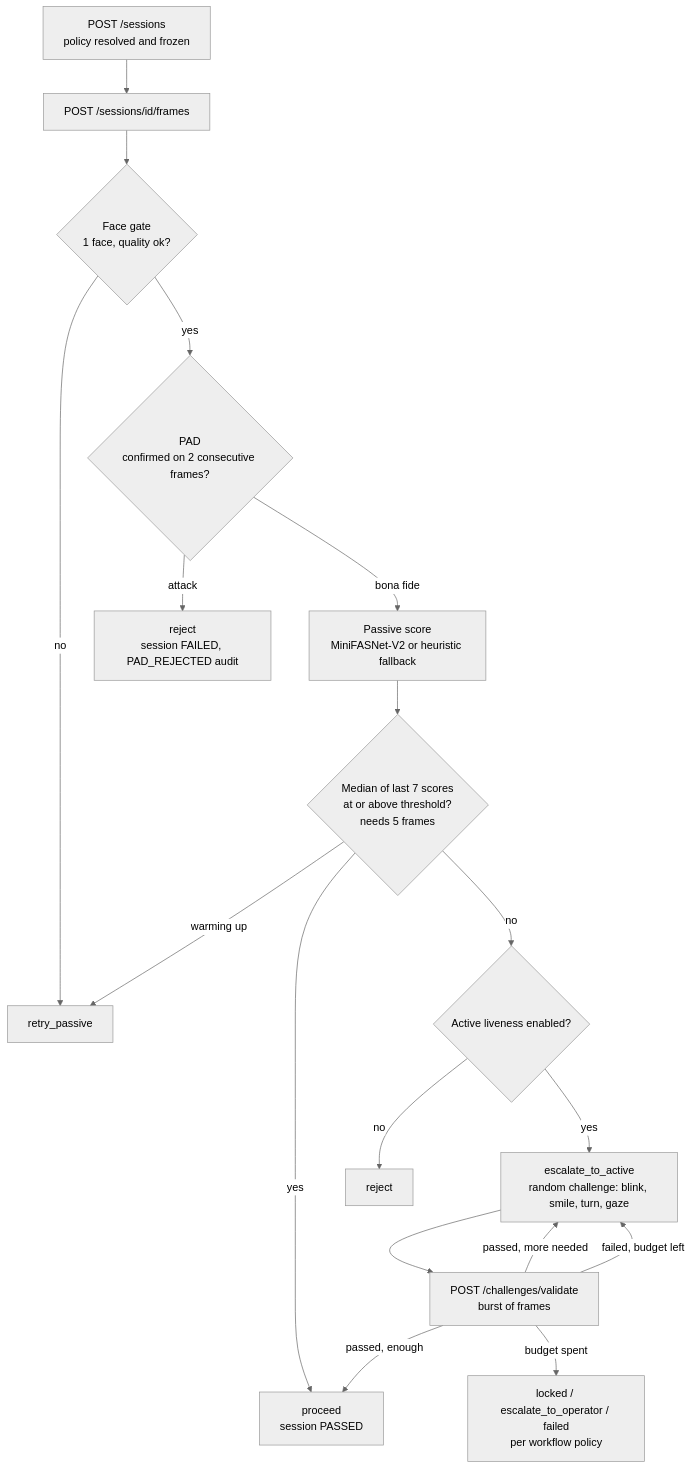
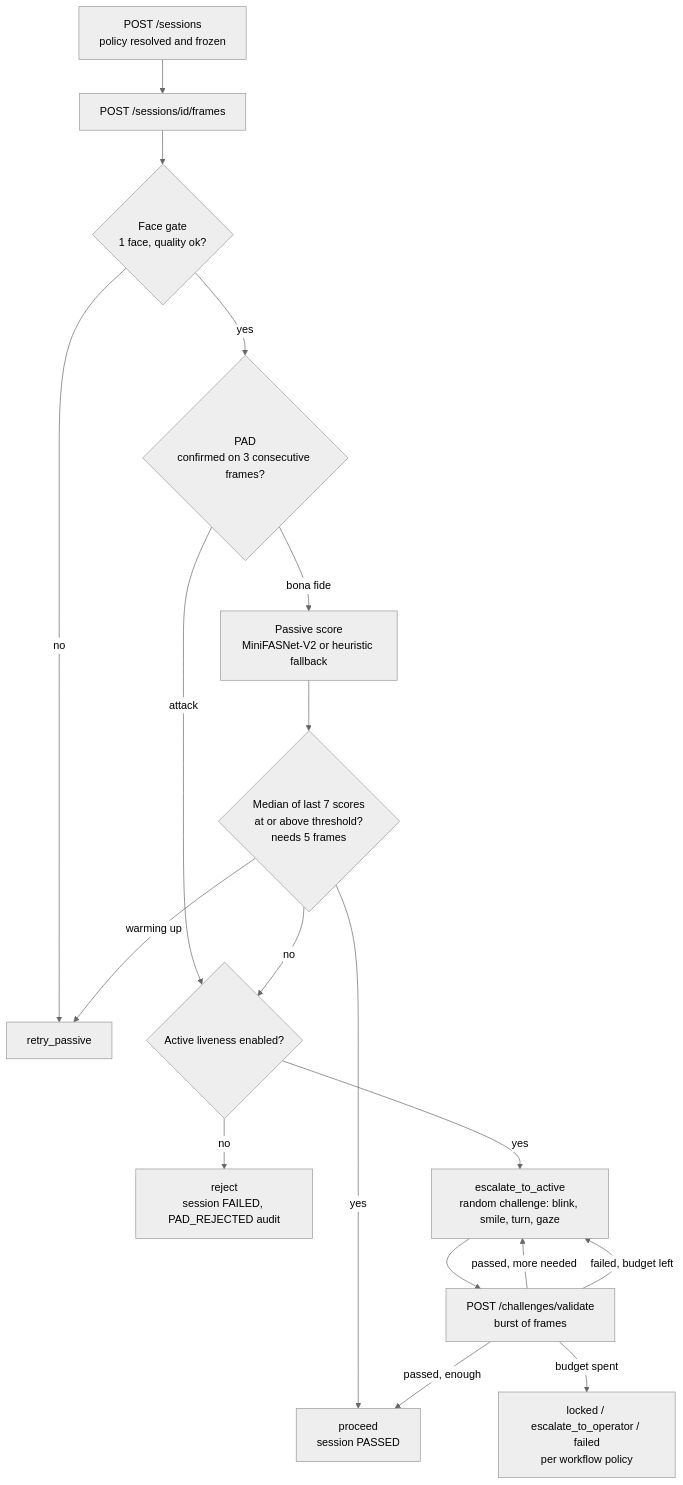
Before and after one commit to hrishi25-spec/Face-Liveliness-Console: the second of 2 diagrams in README.md, drawn with Mermaid (neutral theme). The commit also changed other lines of this file and 13 other files, not shown here.

````diff
--- a/README.md
+++ b/README.md
@@ -95,20 +99,20 @@
 ```mermaid
 flowchart TD
     A[POST /sessions<br/>policy resolved and frozen] --> B[POST /sessions/id/frames]
     B --> C{Face gate<br/>1 face, quality ok?}
     C -- no --> R1[retry_passive]
-    C -- yes --> D{PAD<br/>confirmed on 2 consecutive frames?}
-    D -- attack --> X[reject<br/>session FAILED, PAD_REJECTED audit]
+    C -- yes --> D{PAD<br/>confirmed on 3 consecutive frames?}
+    D -- attack --> G{Active liveness enabled?}
     D -- bona fide --> E[Passive score<br/>MiniFASNet-V2 or heuristic fallback]
     E --> F{Median of last 7 scores<br/>at or above threshold?<br/>needs 5 frames}
     F -- warming up --> R1
     F -- yes --> P[proceed<br/>session PASSED]
-    F -- no --> G{Active liveness enabled?}
-    G -- no --> X2[reject]
+    F -- no --> G
+    G -- no --> X2[reject<br/>session FAILED, PAD_REJECTED audit]
     G -- yes --> H[escalate_to_active<br/>random challenge: blink, smile, turn, gaze]
     H --> I[POST /challenges/validate<br/>burst of frames]
     I -- passed, more needed --> H
     I -- passed, enough --> P
     I -- failed, budget left --> H
     I -- budget spent --> T[locked / escalate_to_operator / failed<br/>per workflow policy]
 ```
````
